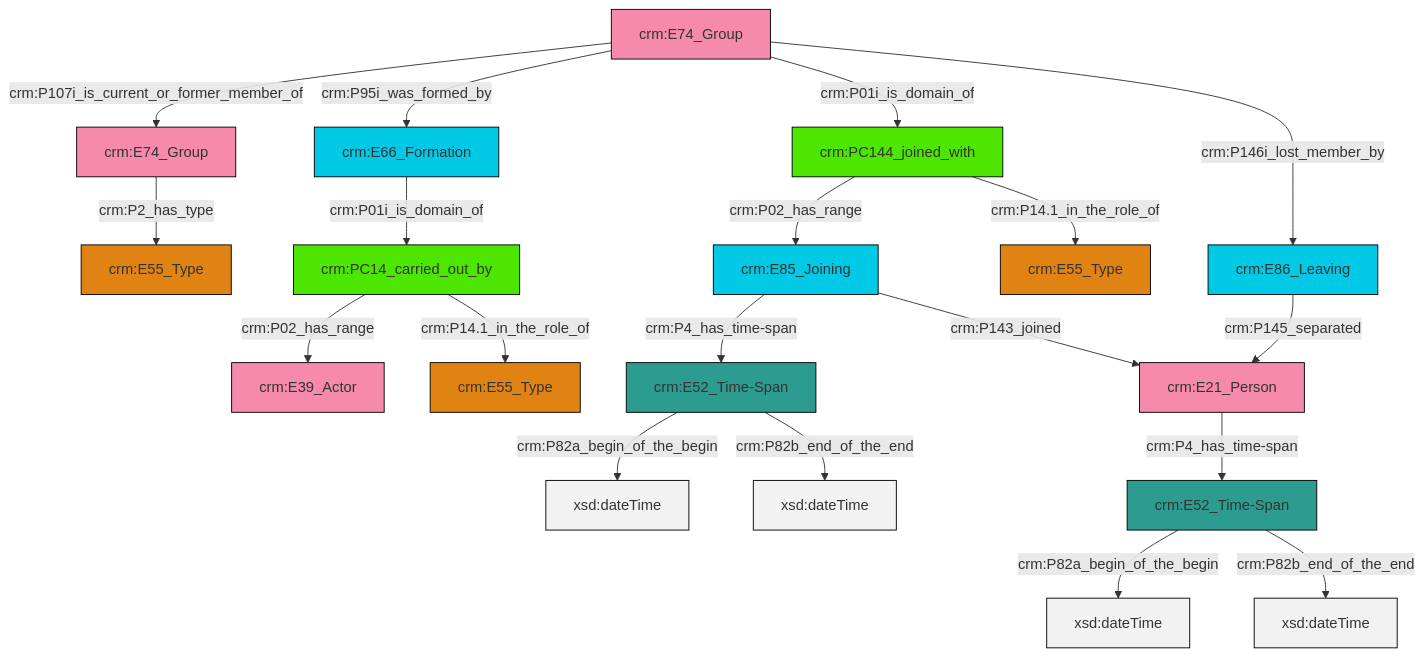
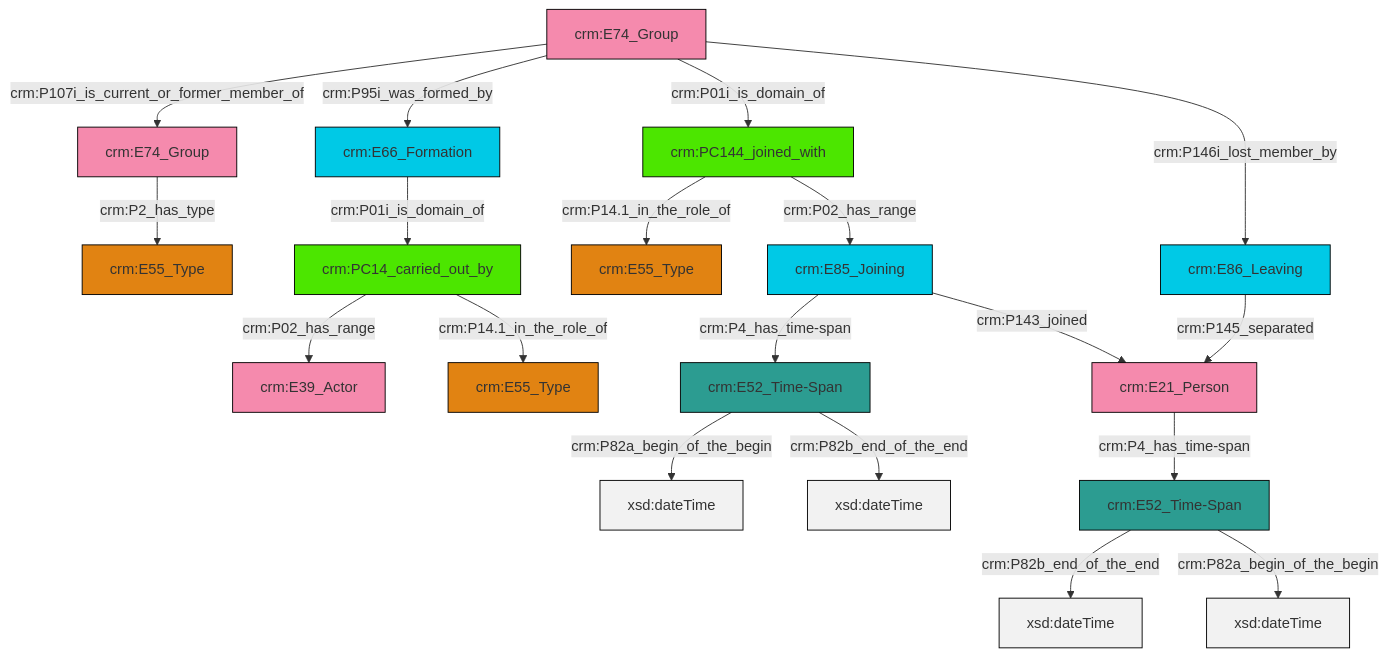
Before and after one commit to swiss-art-research-net/docs.swissartresearch: the diagram in et/groupCSV/ttl/mmd/group_actor_relations.ttl.mmd, drawn with Mermaid. The commit also changed 162 other files, not shown here.

```diff
--- a/et/groupCSV/ttl/mmd/group_actor_relations.ttl.mmd
+++ b/et/groupCSV/ttl/mmd/group_actor_relations.ttl.mmd
@@ -1,33 +1,33 @@
 graph TD
 classDef Literal fill:#f2f2f2,stroke:#000000;
 classDef CRM_Entity fill:#FFFFFF,stroke:#000000;
 classDef Temporal_Entity fill:#00C9E6, stroke:#000000;
 classDef Type fill:#E18312, stroke:#000000;
 classDef Time-Span fill:#2C9C91, stroke:#000000;
 classDef Appellation fill:#FFEB7F, stroke:#000000;
 classDef Place fill:#008836, stroke:#000000;
 classDef Persistent_Item fill:#B266B2, stroke:#000000;
 classDef Conceptual_Object fill:#FFD700, stroke:#000000;
 classDef Physical_Thing fill:#D2B48C, stroke:#000000;
 classDef Actor fill:#f58aad, stroke:#000000;
 classDef PC_Classes fill:#4ce600, stroke:#000000;
 classDef Multi fill:#cccccc,stroke:#000000;
 
-0["crm:E74_Group"]:::Actor -->|crm:P107i_is_current_or_former_member_of| 1["crm:E74_Group"]:::Actor
-6["crm:E52_Time-Span"]:::Time-Span -->|crm:P82a_begin_of_the_begin| 8[xsd:dateTime]:::Literal
-9["crm:PC14_carried_out_by"]:::PC_Classes -->|crm:P02_has_range| 10["crm:E39_Actor"]:::Actor
-11["crm:E52_Time-Span"]:::Time-Span -->|crm:P82a_begin_of_the_begin| 13[xsd:dateTime]:::Literal
-14["crm:PC144_joined_with"]:::PC_Classes -->|crm:P02_has_range| 15["crm:E85_Joining"]:::Temporal_Entity
-18["crm:E66_Formation"]:::Temporal_Entity -->|crm:P01i_is_domain_of| 9["crm:PC14_carried_out_by"]:::PC_Classes
-0["crm:E74_Group"]:::Actor -->|crm:P95i_was_formed_by| 18["crm:E66_Formation"]:::Temporal_Entity
-0["crm:E74_Group"]:::Actor -->|crm:P01i_is_domain_of| 14["crm:PC144_joined_with"]:::PC_Classes
-14["crm:PC144_joined_with"]:::PC_Classes -->|crm:P14.1_in_the_role_of| 4["crm:E55_Type"]:::Type
-6["crm:E52_Time-Span"]:::Time-Span -->|crm:P82b_end_of_the_end| 23[xsd:dateTime]:::Literal
-0["crm:E74_Group"]:::Actor -->|crm:P146i_lost_member_by| 16["crm:E86_Leaving"]:::Temporal_Entity
-16["crm:E86_Leaving"]:::Temporal_Entity -->|crm:P145_separated| 21["crm:E21_Person"]:::Actor
-15["crm:E85_Joining"]:::Temporal_Entity -->|crm:P4_has_time-span| 11["crm:E52_Time-Span"]:::Time-Span
-15["crm:E85_Joining"]:::Temporal_Entity -->|crm:P143_joined| 21["crm:E21_Person"]:::Actor
-1["crm:E74_Group"]:::Actor -->|crm:P2_has_type| 2["crm:E55_Type"]:::Type
-11["crm:E52_Time-Span"]:::Time-Span -->|crm:P82b_end_of_the_end| 31[xsd:dateTime]:::Literal
-9["crm:PC14_carried_out_by"]:::PC_Classes -->|crm:P14.1_in_the_role_of| 27["crm:E55_Type"]:::Type
-21["crm:E21_Person"]:::Actor -->|crm:P4_has_time-span| 6["crm:E52_Time-Span"]:::Time-Span
+0["crm:E85_Joining"]:::Temporal_Entity -->|crm:P4_has_time-span| 1["crm:E52_Time-Span"]:::Time-Span
+2["crm:E66_Formation"]:::Temporal_Entity -->|crm:P01i_is_domain_of| 3["crm:PC14_carried_out_by"]:::PC_Classes
+4["crm:E74_Group"]:::Actor -->|crm:P107i_is_current_or_former_member_of| 5["crm:E74_Group"]:::Actor
+4["crm:E74_Group"]:::Actor -->|crm:P95i_was_formed_by| 2["crm:E66_Formation"]:::Temporal_Entity
+6["crm:E21_Person"]:::Actor -->|crm:P4_has_time-span| 15["crm:E52_Time-Span"]:::Time-Span
+4["crm:E74_Group"]:::Actor -->|crm:P01i_is_domain_of| 19["crm:PC144_joined_with"]:::PC_Classes
+5["crm:E74_Group"]:::Actor -->|crm:P2_has_type| 9["crm:E55_Type"]:::Type
+21["crm:E86_Leaving"]:::Temporal_Entity -->|crm:P145_separated| 6["crm:E21_Person"]:::Actor
+3["crm:PC14_carried_out_by"]:::PC_Classes -->|crm:P02_has_range| 11["crm:E39_Actor"]:::Actor
+19["crm:PC144_joined_with"]:::PC_Classes -->|crm:P14.1_in_the_role_of| 17["crm:E55_Type"]:::Type
+4["crm:E74_Group"]:::Actor -->|crm:P146i_lost_member_by| 21["crm:E86_Leaving"]:::Temporal_Entity
+3["crm:PC14_carried_out_by"]:::PC_Classes -->|crm:P14.1_in_the_role_of| 13["crm:E55_Type"]:::Type
+15["crm:E52_Time-Span"]:::Time-Span -->|crm:P82b_end_of_the_end| 25[xsd:dateTime]:::Literal
+1["crm:E52_Time-Span"]:::Time-Span -->|crm:P82a_begin_of_the_begin| 26[xsd:dateTime]:::Literal
+0["crm:E85_Joining"]:::Temporal_Entity -->|crm:P143_joined| 6["crm:E21_Person"]:::Actor
+15["crm:E52_Time-Span"]:::Time-Span -->|crm:P82a_begin_of_the_begin| 27[xsd:dateTime]:::Literal
+1["crm:E52_Time-Span"]:::Time-Span -->|crm:P82b_end_of_the_end| 30[xsd:dateTime]:::Literal
+19["crm:PC144_joined_with"]:::PC_Classes -->|crm:P02_has_range| 0["crm:E85_Joining"]:::Temporal_Entity
```
